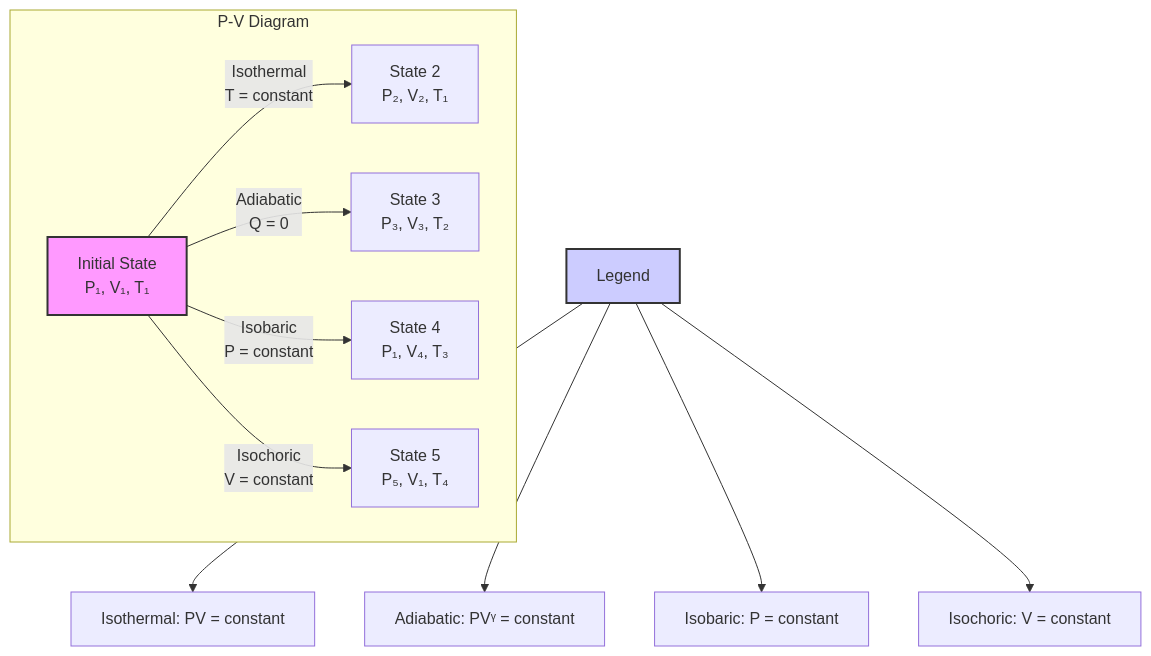
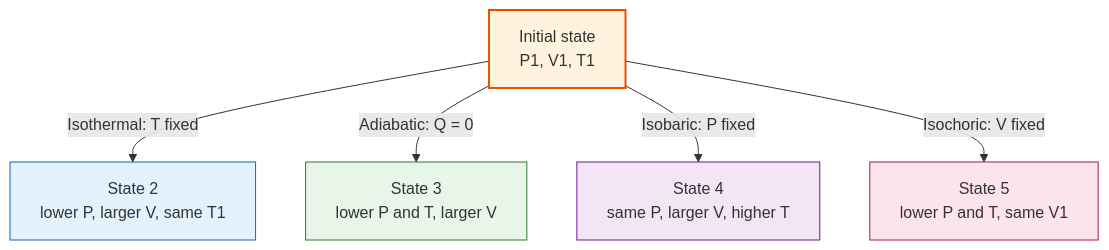
The first of 2 diagrams in github-pages/docs/physics/thermodynamics.md (AndrewAltimit/Documentation), drawn with Mermaid before and after one commit. The commit also changed other lines of this file and 28 other files, not shown here.

````diff
--- a/github-pages/docs/physics/thermodynamics.md
+++ b/github-pages/docs/physics/thermodynamics.md
@@ -114,17 +112,19 @@
 ```mermaid
 graph TD
-    subgraph "P-V Diagram"
-        A[Initial State<br/>P₁, V₁, T₁] -->|Isothermal<br/>T = constant| B[State 2<br/>P₂, V₂, T₁]
-        A -->|Adiabatic<br/>Q = 0| C[State 3<br/>P₃, V₃, T₂]
-        A -->|Isobaric<br/>P = constant| D[State 4<br/>P₁, V₄, T₃]
-        A -->|Isochoric<br/>V = constant| E[State 5<br/>P₅, V₁, T₄]
-    end
-    
-    F[Legend] --> G[Isothermal: PV = constant]
-    F --> H[Adiabatic: PVᵞ = constant]
-    F --> I[Isobaric: P = constant]
-    F --> J[Isochoric: V = constant]
-    
-    style A fill:#f9f,stroke:#333,stroke-width:2px
-    style F fill:#ccf,stroke:#333,stroke-width:2px
+    A["Initial state<br/>P1, V1, T1"] -->|"Isothermal: T fixed"| B["State 2<br/>lower P, larger V, same T1"]
+    A -->|"Adiabatic: Q = 0"| C["State 3<br/>lower P and T, larger V"]
+    A -->|"Isobaric: P fixed"| D["State 4<br/>same P, larger V, higher T"]
+    A -->|"Isochoric: V fixed"| E["State 5<br/>lower P and T, same V1"]
+
+    A:::start
+    B:::iso
+    C:::adi
+    D:::isob
+    E:::isoc
+
+    classDef start fill:#fff3e0,stroke:#e65100,stroke-width:2px;
+    classDef iso fill:#e3f2fd,stroke:#1565c0,stroke-width:1px;
+    classDef adi fill:#e8f5e9,stroke:#2e7d32,stroke-width:1px;
+    classDef isob fill:#f3e5f5,stroke:#6a1b9a,stroke-width:1px;
+    classDef isoc fill:#fce4ec,stroke:#ad1457,stroke-width:1px;
 ```
````
